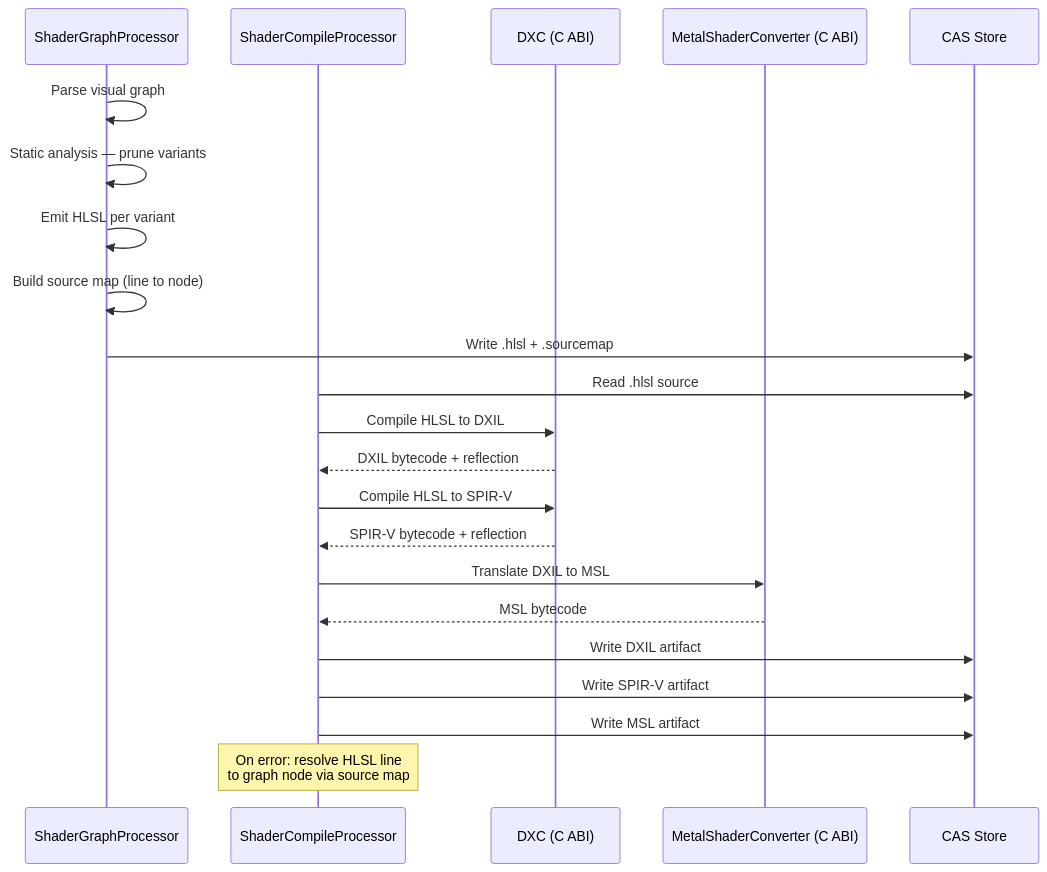
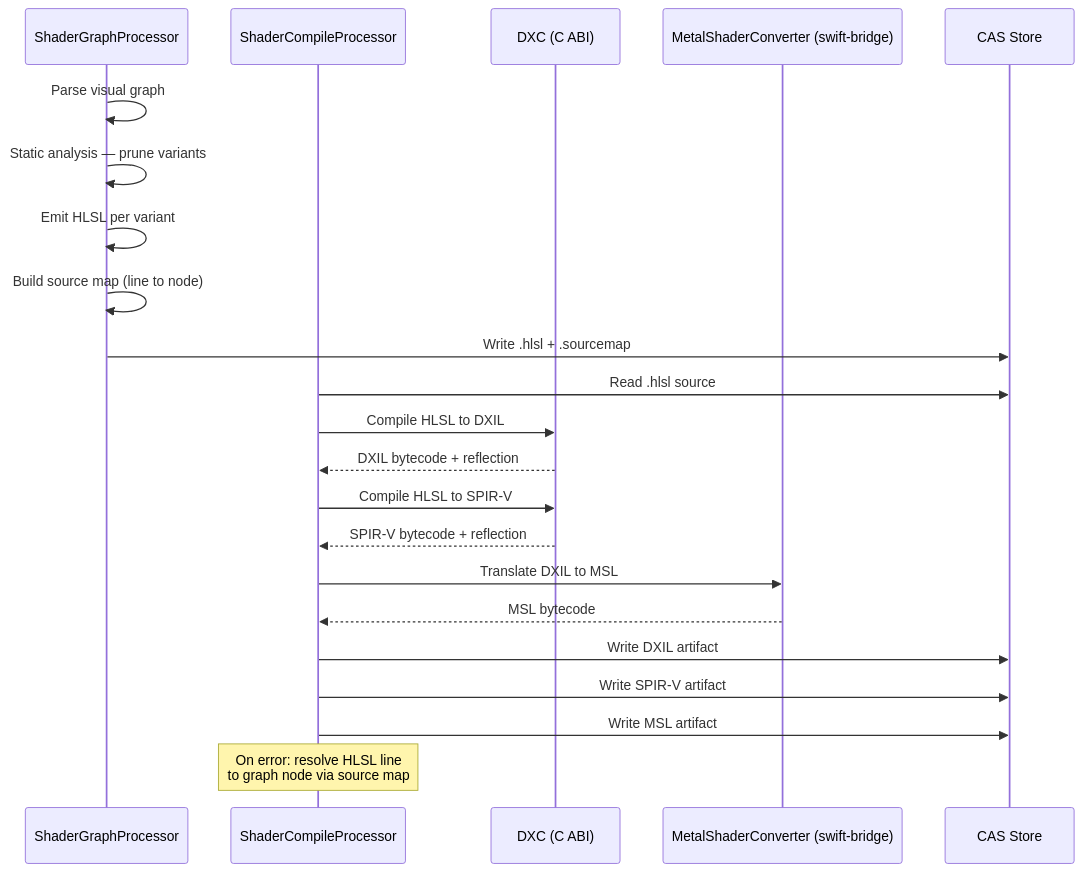
One commit to harmonius-dev/harmonius changed the seventh of 8 diagrams in docs/design/content-pipeline/processing.md. Above: the diagram before and after it, drawn with Mermaid. The commit also changed other lines of this file and 582 other files, not shown here.

````diff
--- a/docs/design/content-pipeline/processing.md
+++ b/docs/design/content-pipeline/processing.md
@@ -1517,28 +1517,28 @@
 ```mermaid
 sequenceDiagram
     participant SG as ShaderGraphProcessor
     participant SC as ShaderCompileProcessor
     participant DXC as DXC (C ABI)
-    participant MSC as MetalShaderConverter (C ABI)
+    participant MSC as MetalShaderConverter (swift-bridge)
     participant CAS as CAS Store
 
     SG->>SG: Parse visual graph
     SG->>SG: Static analysis — prune variants
     SG->>SG: Emit HLSL per variant
     SG->>SG: Build source map (line to node)
     SG->>CAS: Write .hlsl + .sourcemap
 
     SC->>CAS: Read .hlsl source
     SC->>DXC: Compile HLSL to DXIL
     DXC-->>SC: DXIL bytecode + reflection
     SC->>DXC: Compile HLSL to SPIR-V
     DXC-->>SC: SPIR-V bytecode + reflection
     SC->>MSC: Translate DXIL to MSL
     MSC-->>SC: MSL bytecode
 
     SC->>CAS: Write DXIL artifact
     SC->>CAS: Write SPIR-V artifact
     SC->>CAS: Write MSL artifact
 
     Note over SC: On error: resolve HLSL line<br/>to graph node via source map
 ```
````
